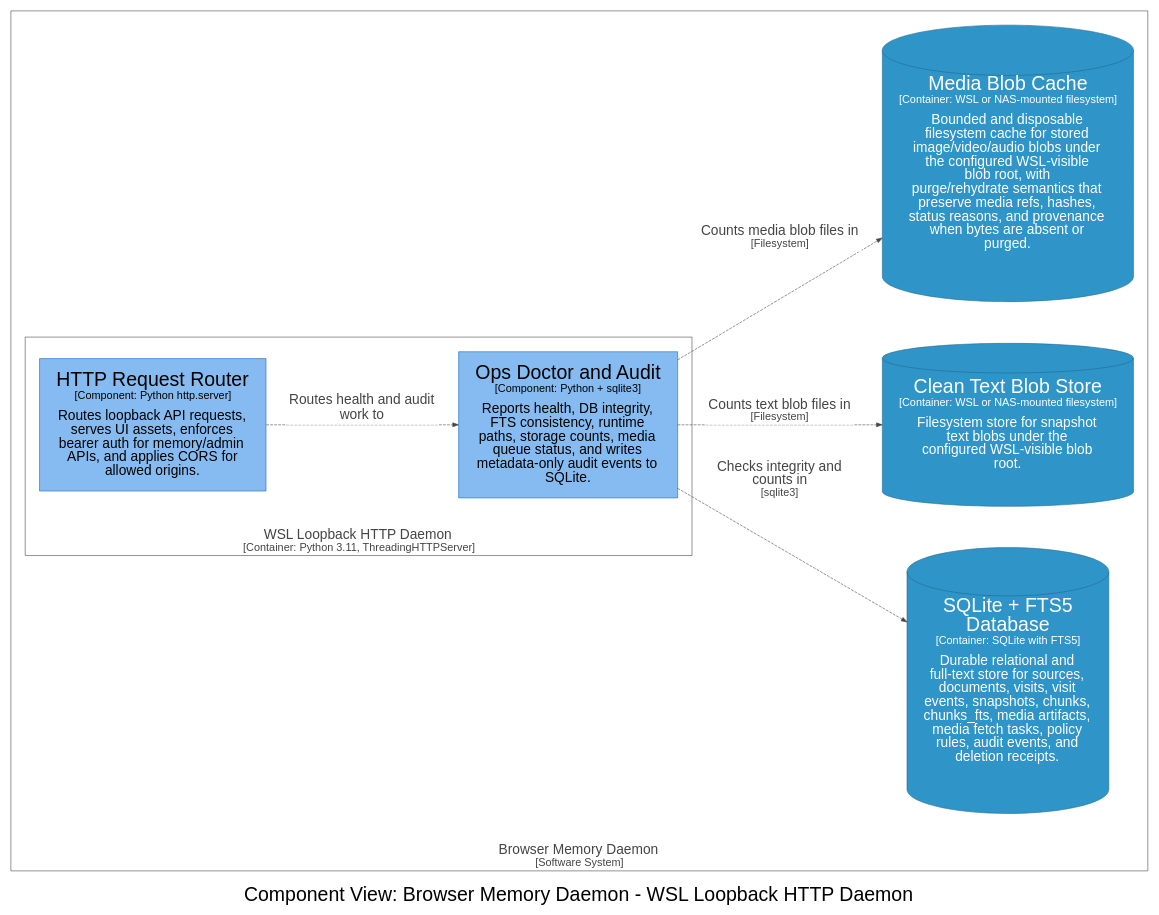
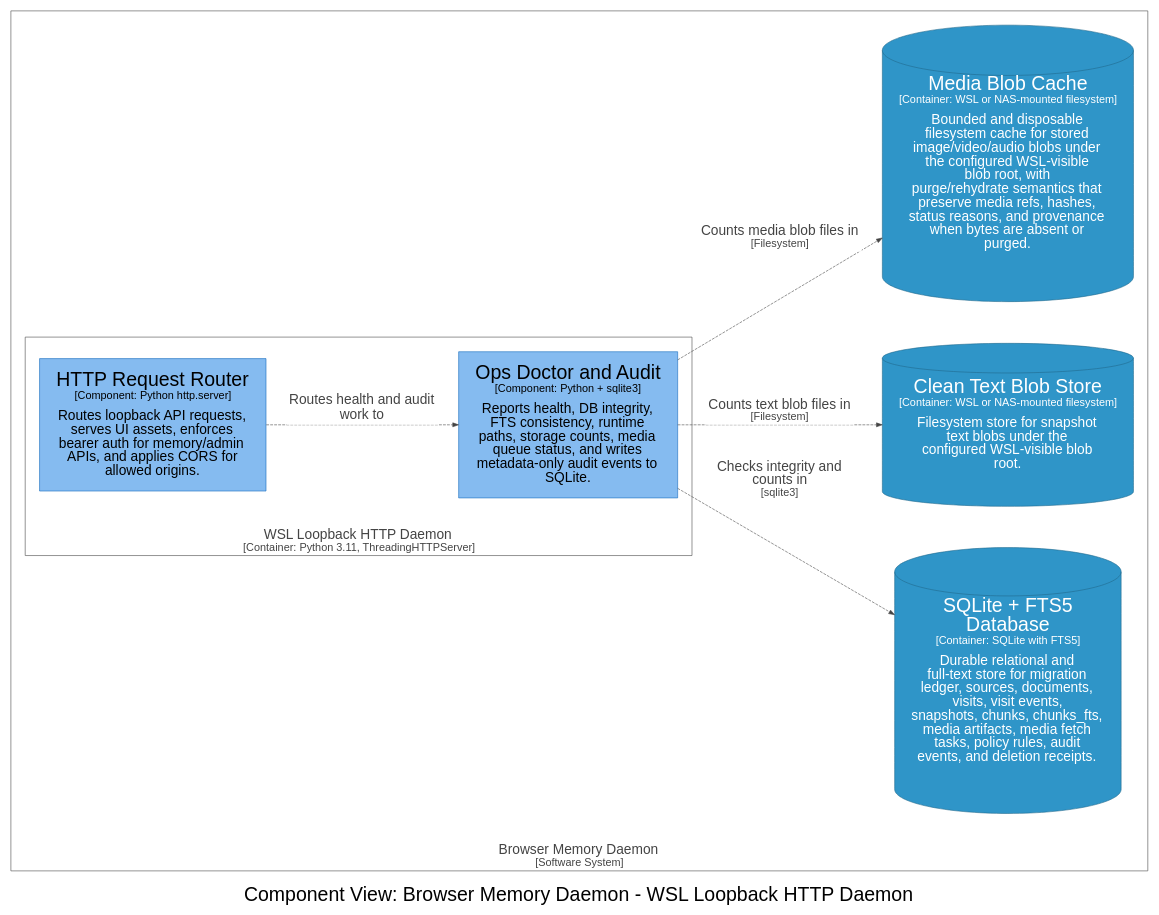
The diagram in docs/architecture/diagrams/dot/structurizr-DaemonDoctorComponents.dot (michaelnicks0/browser-memory-daemon), drawn with Graphviz before and after one commit. The commit also changed 180 other files, not shown here.

Commit message:
feat(db): add versioned migration ledger and compatibility checks

```diff
--- a/docs/architecture/diagrams/dot/structurizr-DaemonDoctorComponents.dot
+++ b/docs/architecture/diagrams/dot/structurizr-DaemonDoctorComponents.dot
@@ -1,38 +1,38 @@
 digraph {
   compound=true
   graph [fontname="Arial", rankdir=LR, ranksep=1.0, nodesep=1.0]
   node [fontname="Arial", shape=box, margin="0.4,0.3"]
   edge [fontname="Arial"]
   label=<<br /><font point-size="34">Component View: Browser Memory Daemon - WSL Loopback HTTP Daemon</font>>
 
   subgraph cluster_4 {
     margin=25
     label=<<font point-size="24"><br />Browser Memory Daemon</font><br /><font point-size="19">[Software System]</font>>
     labelloc=b
     color="#444444"
     fontcolor="#444444"
     fillcolor="#444444"
 
     subgraph cluster_14 {
       margin=25
       label=<<font point-size="24"><br />WSL Loopback HTTP Daemon</font><br /><font point-size="19">[Container: Python 3.11, ThreadingHTTPServer]</font>>
       labelloc=b
       color="#444444"
       fontcolor="#444444"
       fillcolor="#444444"
 
       15 [id=15,shape=rect, label=<<font point-size="34">HTTP Request Router</font><br /><font point-size="19">[Component: Python http.server]</font><br /><br /><font point-size="24">Routes loopback API requests,<br />serves UI assets, enforces<br />bearer auth for memory/admin<br />APIs, and applies CORS for<br />allowed origins.</font>>, style=filled, color="#1168bd", fillcolor="#85bbf0", fontcolor="#000000"]
-      23 [id=23,shape=rect, label=<<font point-size="34">Ops Doctor and Audit</font><br /><font point-size="19">[Component: Python + sqlite3]</font><br /><br /><font point-size="24">Reports health, DB integrity,<br />FTS consistency, runtime<br />paths, storage counts, media<br />queue status, and writes<br />metadata-only audit events to<br />SQLite.</font>>, style=filled, color="#1168bd", fillcolor="#85bbf0", fontcolor="#000000"]
+      24 [id=24,shape=rect, label=<<font point-size="34">Ops Doctor and Audit</font><br /><font point-size="19">[Component: Python + sqlite3]</font><br /><br /><font point-size="24">Reports health, DB integrity,<br />FTS consistency, runtime<br />paths, storage counts, media<br />queue status, and writes<br />metadata-only audit events to<br />SQLite.</font>>, style=filled, color="#1168bd", fillcolor="#85bbf0", fontcolor="#000000"]
     }
 
-    27 [id=27,shape=cylinder, label=<<font point-size="34">SQLite + FTS5<br />Database</font><br /><font point-size="19">[Container: SQLite with FTS5]</font><br /><br /><font point-size="24">Durable relational and<br />full-text store for sources,<br />documents, visits, visit<br />events, snapshots, chunks,<br />chunks_fts, media artifacts,<br />media fetch tasks, policy<br />rules, audit events, and<br />deletion receipts.</font>>, style=filled, color="#20688c", fillcolor="#2f95c8", fontcolor="#ffffff"]
-    28 [id=28,shape=cylinder, label=<<font point-size="34">Clean Text Blob Store</font><br /><font point-size="19">[Container: WSL or NAS-mounted filesystem]</font><br /><br /><font point-size="24">Filesystem store for snapshot<br />text blobs under the<br />configured WSL-visible blob<br />root.</font>>, style=filled, color="#20688c", fillcolor="#2f95c8", fontcolor="#ffffff"]
-    29 [id=29,shape=cylinder, label=<<font point-size="34">Media Blob Cache</font><br /><font point-size="19">[Container: WSL or NAS-mounted filesystem]</font><br /><br /><font point-size="24">Bounded and disposable<br />filesystem cache for stored<br />image/video/audio blobs under<br />the configured WSL-visible<br />blob root, with<br />purge/rehydrate semantics that<br />preserve media refs, hashes,<br />status reasons, and provenance<br />when bytes are absent or<br />purged.</font>>, style=filled, color="#20688c", fillcolor="#2f95c8", fontcolor="#ffffff"]
+    28 [id=28,shape=cylinder, label=<<font point-size="34">SQLite + FTS5<br />Database</font><br /><font point-size="19">[Container: SQLite with FTS5]</font><br /><br /><font point-size="24">Durable relational and<br />full-text store for migration<br />ledger, sources, documents,<br />visits, visit events,<br />snapshots, chunks, chunks_fts,<br />media artifacts, media fetch<br />tasks, policy rules, audit<br />events, and deletion receipts.</font>>, style=filled, color="#20688c", fillcolor="#2f95c8", fontcolor="#ffffff"]
+    29 [id=29,shape=cylinder, label=<<font point-size="34">Clean Text Blob Store</font><br /><font point-size="19">[Container: WSL or NAS-mounted filesystem]</font><br /><br /><font point-size="24">Filesystem store for snapshot<br />text blobs under the<br />configured WSL-visible blob<br />root.</font>>, style=filled, color="#20688c", fillcolor="#2f95c8", fontcolor="#ffffff"]
+    30 [id=30,shape=cylinder, label=<<font point-size="34">Media Blob Cache</font><br /><font point-size="19">[Container: WSL or NAS-mounted filesystem]</font><br /><br /><font point-size="24">Bounded and disposable<br />filesystem cache for stored<br />image/video/audio blobs under<br />the configured WSL-visible<br />blob root, with<br />purge/rehydrate semantics that<br />preserve media refs, hashes,<br />status reasons, and provenance<br />when bytes are absent or<br />purged.</font>>, style=filled, color="#20688c", fillcolor="#2f95c8", fontcolor="#ffffff"]
   }
 
-  15 -> 23 [id=68, label=<<TABLE BORDER="0" CELLBORDER="0" CELLSPACING="0" CELLPADDING="4" BGCOLOR="white"><TR><TD><font point-size="24">Routes health and audit<br />work to</font></TD></TR></TABLE>>, style="dashed", color="#444444", fontcolor="#444444"]
-  23 -> 27 [id=82, label=<<TABLE BORDER="0" CELLBORDER="0" CELLSPACING="0" CELLPADDING="4" BGCOLOR="white"><TR><TD><font point-size="24">Checks integrity and<br />counts in</font><br /><font point-size="19">[sqlite3]</font></TD></TR></TABLE>>, style="dashed", color="#444444", fontcolor="#444444"]
-  23 -> 28 [id=83, label=<<TABLE BORDER="0" CELLBORDER="0" CELLSPACING="0" CELLPADDING="4" BGCOLOR="white"><TR><TD><font point-size="24">Counts text blob files in</font><br /><font point-size="19">[Filesystem]</font></TD></TR></TABLE>>, style="dashed", color="#444444", fontcolor="#444444"]
-  23 -> 29 [id=84, label=<<TABLE BORDER="0" CELLBORDER="0" CELLSPACING="0" CELLPADDING="4" BGCOLOR="white"><TR><TD><font point-size="24">Counts media blob files in</font><br /><font point-size="19">[Filesystem]</font></TD></TR></TABLE>>, style="dashed", color="#444444", fontcolor="#444444"]
+  15 -> 24 [id=70, label=<<TABLE BORDER="0" CELLBORDER="0" CELLSPACING="0" CELLPADDING="4" BGCOLOR="white"><TR><TD><font point-size="24">Routes health and audit<br />work to</font></TD></TR></TABLE>>, style="dashed", color="#444444", fontcolor="#444444"]
+  24 -> 28 [id=84, label=<<TABLE BORDER="0" CELLBORDER="0" CELLSPACING="0" CELLPADDING="4" BGCOLOR="white"><TR><TD><font point-size="24">Checks integrity and<br />counts in</font><br /><font point-size="19">[sqlite3]</font></TD></TR></TABLE>>, style="dashed", color="#444444", fontcolor="#444444"]
+  24 -> 29 [id=85, label=<<TABLE BORDER="0" CELLBORDER="0" CELLSPACING="0" CELLPADDING="4" BGCOLOR="white"><TR><TD><font point-size="24">Counts text blob files in</font><br /><font point-size="19">[Filesystem]</font></TD></TR></TABLE>>, style="dashed", color="#444444", fontcolor="#444444"]
+  24 -> 30 [id=86, label=<<TABLE BORDER="0" CELLBORDER="0" CELLSPACING="0" CELLPADDING="4" BGCOLOR="white"><TR><TD><font point-size="24">Counts media blob files in</font><br /><font point-size="19">[Filesystem]</font></TD></TR></TABLE>>, style="dashed", color="#444444", fontcolor="#444444"]
 
 }
```
